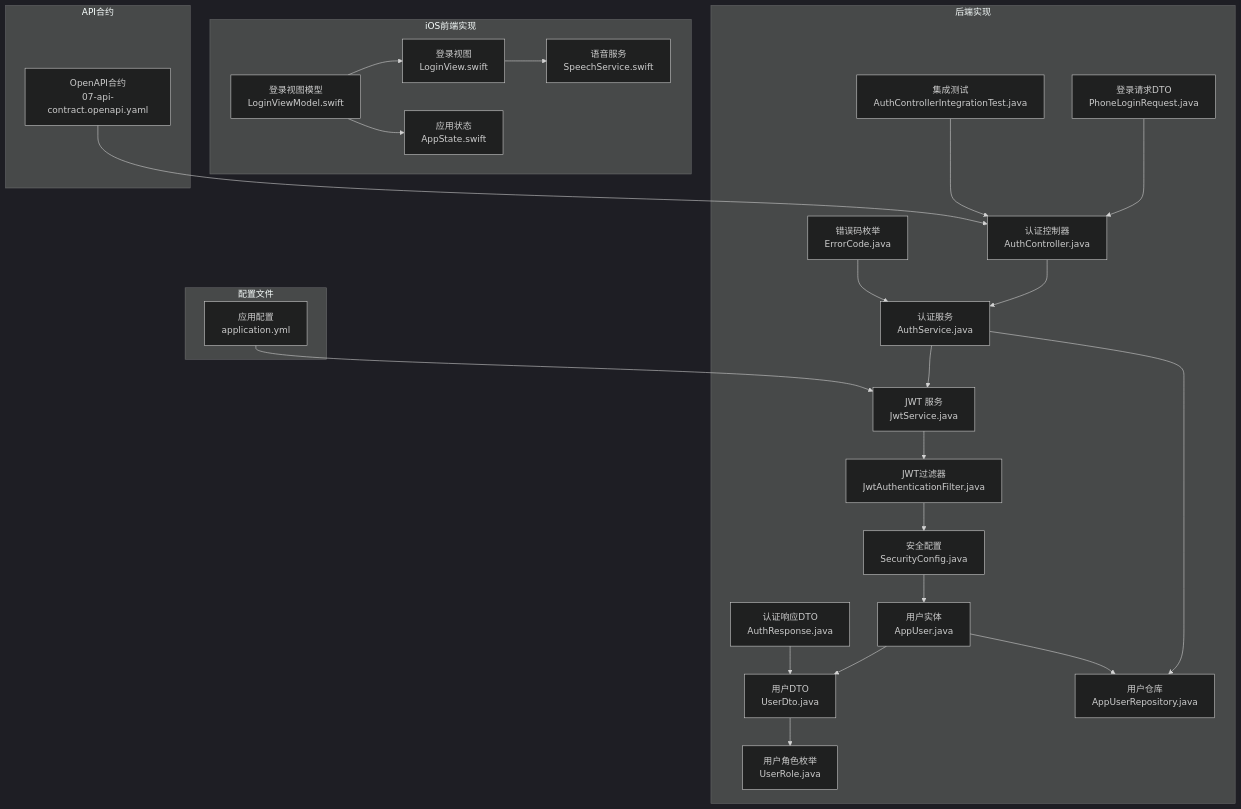
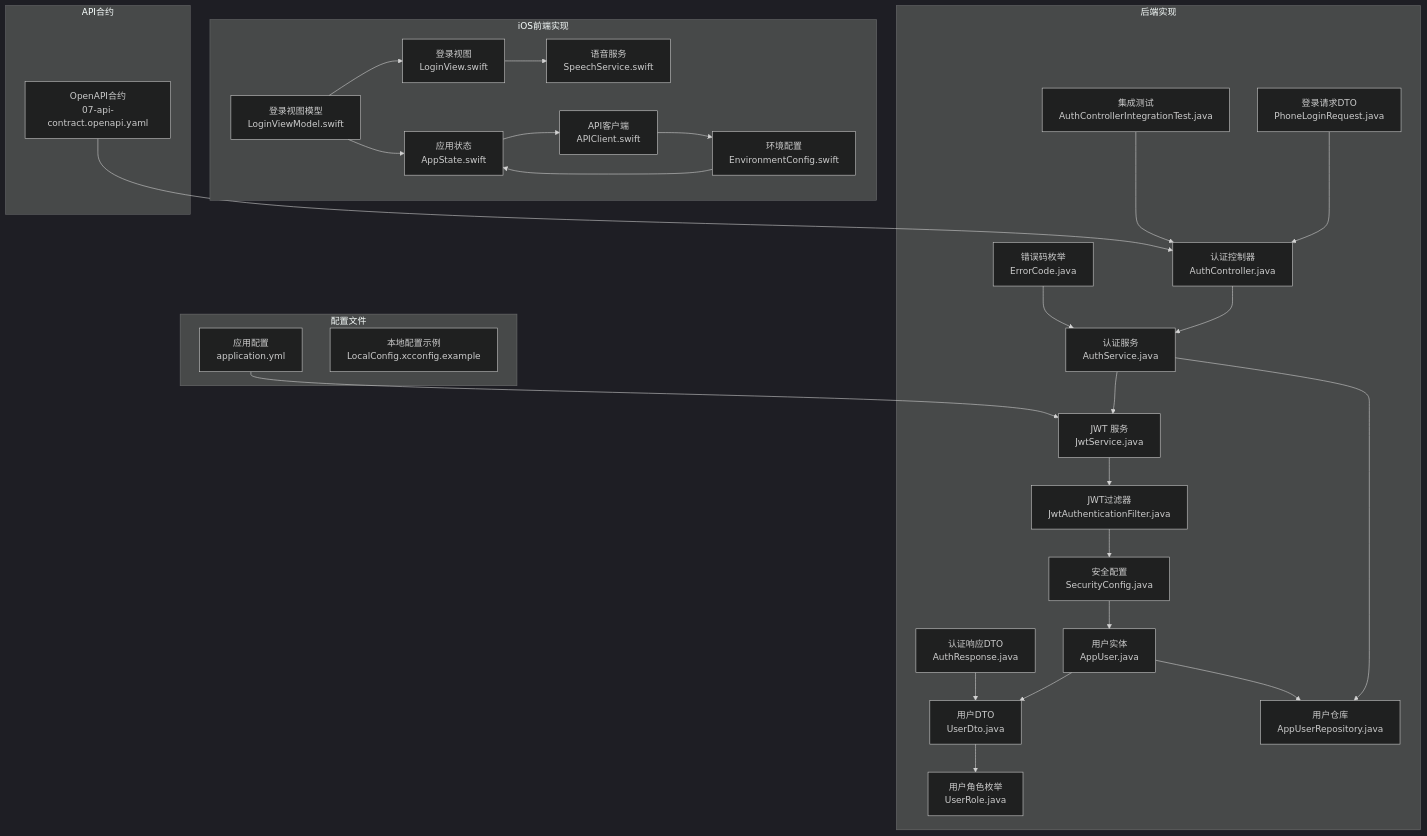
Before and after one commit to Jayden23018/blind-run-ios: the first of 15 diagrams in .qoder/repowiki/zh/content/核心功能模块/认证系统.md, drawn with Mermaid (dark theme). The commit also changed other lines of this file and 14 other files, not shown here.

Commit message:
Improve blind runner booking map and speech input flows

````diff
--- a/.qoder/repowiki/zh/content/核心功能模块/认证系统.md
+++ b/.qoder/repowiki/zh/content/核心功能模块/认证系统.md
@@ -65,48 +71,54 @@
 ```mermaid
 graph TB
 subgraph "后端实现"
 AuthController["认证控制器<br/>AuthController.java"]
 AuthService["认证服务<br/>AuthService.java"]
 JwtService["JWT 服务<br/>JwtService.java"]
 JwtFilter["JWT过滤器<br/>JwtAuthenticationFilter.java"]
 SecurityConfig["安全配置<br/>SecurityConfig.java"]
 AppUser["用户实体<br/>AppUser.java"]
 UserDto["用户DTO<br/>UserDto.java"]
 UserRole["用户角色枚举<br/>UserRole.java"]
 PhoneLoginRequest["登录请求DTO<br/>PhoneLoginRequest.java"]
 AuthResponse["认证响应DTO<br/>AuthResponse.java"]
 ErrorCode["错误码枚举<br/>ErrorCode.java"]
 AppUserRepo["用户仓库<br/>AppUserRepository.java"]
 IntegrationTest["集成测试<br/>AuthControllerIntegrationTest.java"]
 end
 subgraph "iOS前端实现"
 LoginViewModel["登录视图模型<br/>LoginViewModel.swift"]
 LoginView["登录视图<br/>LoginView.swift"]
 SpeechService["语音服务<br/>SpeechService.swift"]
 AppState["应用状态<br/>AppState.swift"]
+APIClient["API客户端<br/>APIClient.swift"]
+EnvironmentConfig["环境配置<br/>EnvironmentConfig.swift"]
 end
 subgraph "配置文件"
 ApplicationYml["应用配置<br/>application.yml"]
+LocalConfig["本地配置示例<br/>LocalConfig.xcconfig.example"]
 end
 subgraph "API合约"
 OpenAPI["OpenAPI合约<br/>07-api-contract.openapi.yaml"]
 end
 AuthController --> AuthService
 AuthService --> JwtService
 AuthService --> AppUserRepo
 JwtService --> JwtFilter
 JwtFilter --> SecurityConfig
 SecurityConfig --> AppUser
 AppUser --> AppUserRepo
 AppUser --> UserDto
 UserDto --> UserRole
 PhoneLoginRequest --> AuthController
 AuthResponse --> UserDto
 ErrorCode --> AuthService
 IntegrationTest --> AuthController
 OpenAPI --> AuthController
 ApplicationYml --> JwtService
 LoginViewModel --> LoginView
 LoginView --> SpeechService
 LoginViewModel --> AppState
+AppState --> APIClient
+APIClient --> EnvironmentConfig
+EnvironmentConfig --> AppState
 ```
````
